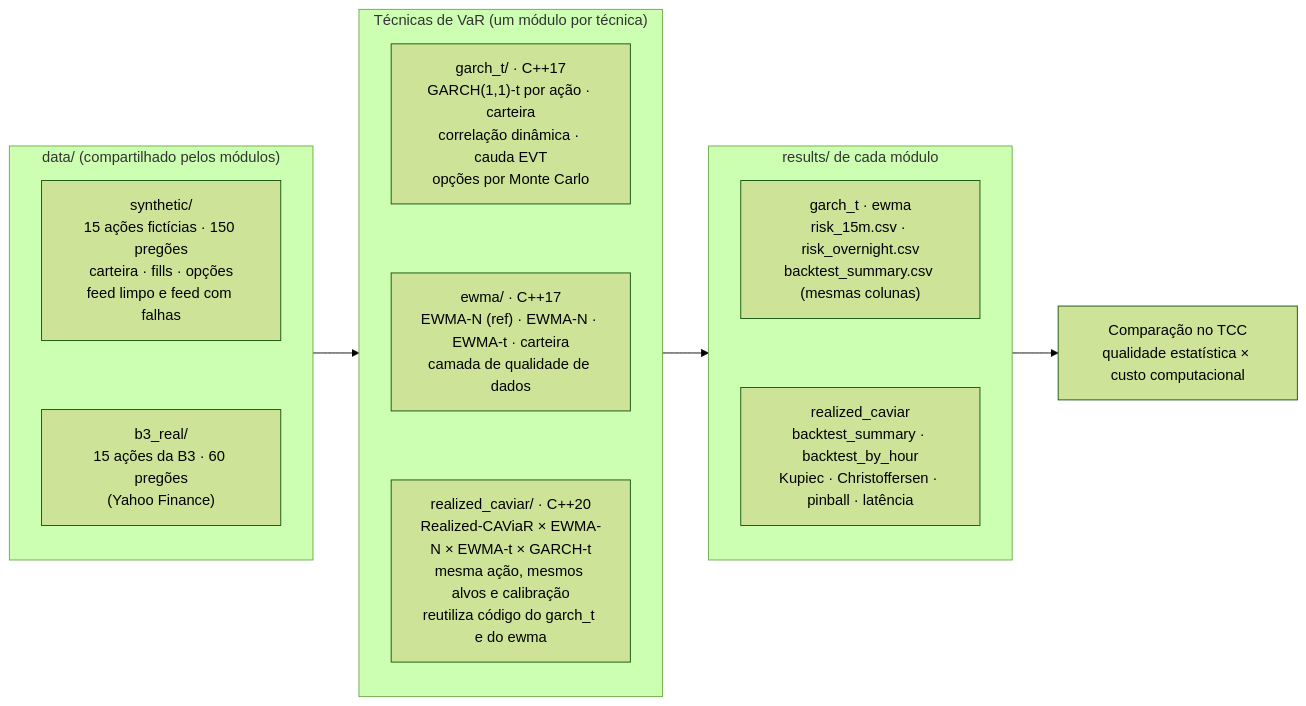
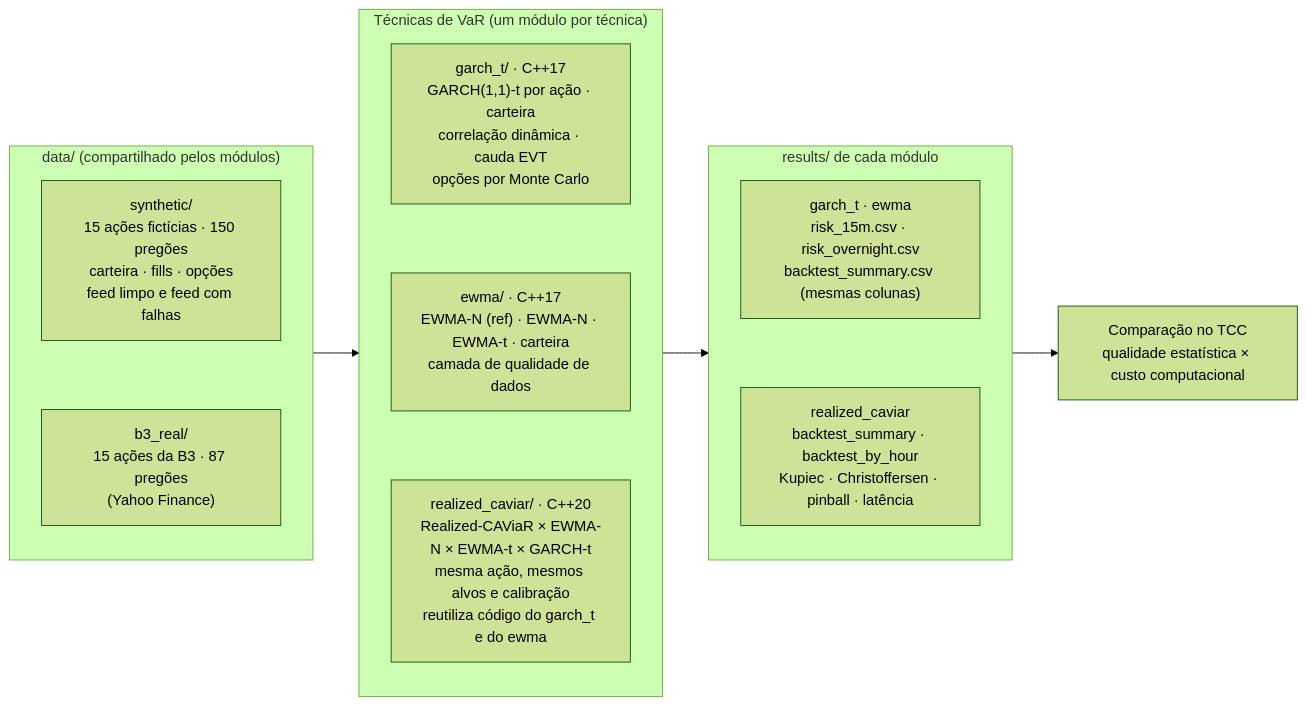
Before and after one commit to gustavoscardino/intraday-risk-engine: the diagram in architecture/00_visao_geral.mmd, drawn with Mermaid (forest theme). The commit also changed 21 other files, not shown here.

```diff
--- a/architecture/00_visao_geral.mmd
+++ b/architecture/00_visao_geral.mmd
@@ -1,26 +1,26 @@
 flowchart LR
     subgraph Dados["data/ (compartilhado pelos módulos)"]
         direction TB
         SY["synthetic/<br/>15 ações fictícias · 150 pregões<br/>carteira · fills · opções<br/>feed limpo e feed com falhas"]
-        B3["b3_real/<br/>15 ações da B3 · 60 pregões<br/>(Yahoo Finance)"]
+        B3["b3_real/<br/>15 ações da B3 · 87 pregões<br/>(Yahoo Finance)"]
         SY ~~~ B3
     end
 
     subgraph Tecnicas["Técnicas de VaR (um módulo por técnica)"]
         direction TB
         GT["garch_t/ · C++17<br/>GARCH(1,1)-t por ação · carteira<br/>correlação dinâmica · cauda EVT<br/>opções por Monte Carlo"]
         EW["ewma/ · C++17<br/>EWMA-N (ref) · EWMA-N · EWMA-t · carteira<br/>camada de qualidade de dados"]
         RC["realized_caviar/ · C++20<br/>Realized-CAViaR × EWMA-N × EWMA-t × GARCH-t<br/>mesma ação, mesmos alvos e calibração<br/>reutiliza código do garch_t e do ewma"]
         GT ~~~ EW ~~~ RC
     end
 
     subgraph Resultados["results/ de cada módulo"]
         direction TB
         RS["garch_t · ewma<br/>risk_15m.csv · risk_overnight.csv<br/>backtest_summary.csv (mesmas colunas)"]
         BS["realized_caviar<br/>backtest_summary · backtest_by_hour<br/>Kupiec · Christoffersen · pinball · latência"]
         RS ~~~ BS
     end
 
     CMP["Comparação no TCC<br/>qualidade estatística × custo computacional"]
 
     Dados --> Tecnicas --> Resultados --> CMP
```
